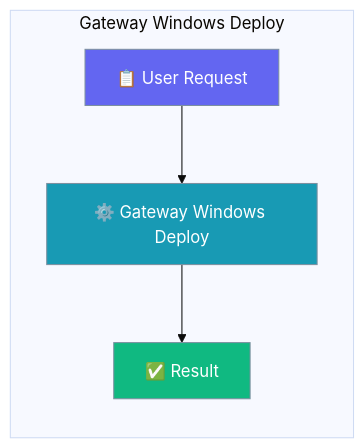
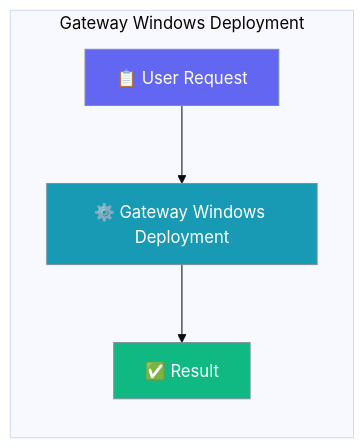
The first of 5 diagrams in docs/features/gateway-windows-deployment.mdx (MervinPraison/PraisonAIDocs), drawn with Mermaid (base theme) before and after one commit. The commit also changed other lines of this file and 45 other files, not shown here.

First line of the commit message:
docs: fix truncated Mermaid diagram feature names (22-char cutoff)

````diff
--- a/docs/features/gateway-windows-deployment.mdx
+++ b/docs/features/gateway-windows-deployment.mdx
@@ -8,15 +8,15 @@
 ```mermaid
 graph LR
-    subgraph "Gateway Windows Deploy"
-        Request[📋 User Request] --> Process[⚙️ Gateway Windows Deploy]
+    subgraph "Gateway Windows Deployment"
+        Request[📋 User Request] --> Process[⚙️ Gateway Windows Deployment]
         Process --> Result[✅ Result]
     end
 
     classDef input fill:#6366F1,stroke:#7C90A0,color:#fff
     classDef process fill:#189AB4,stroke:#7C90A0,color:#fff
     classDef output fill:#10B981,stroke:#7C90A0,color:#fff
 
     class Request input
     class Process process
     class Result output
 ```
````
